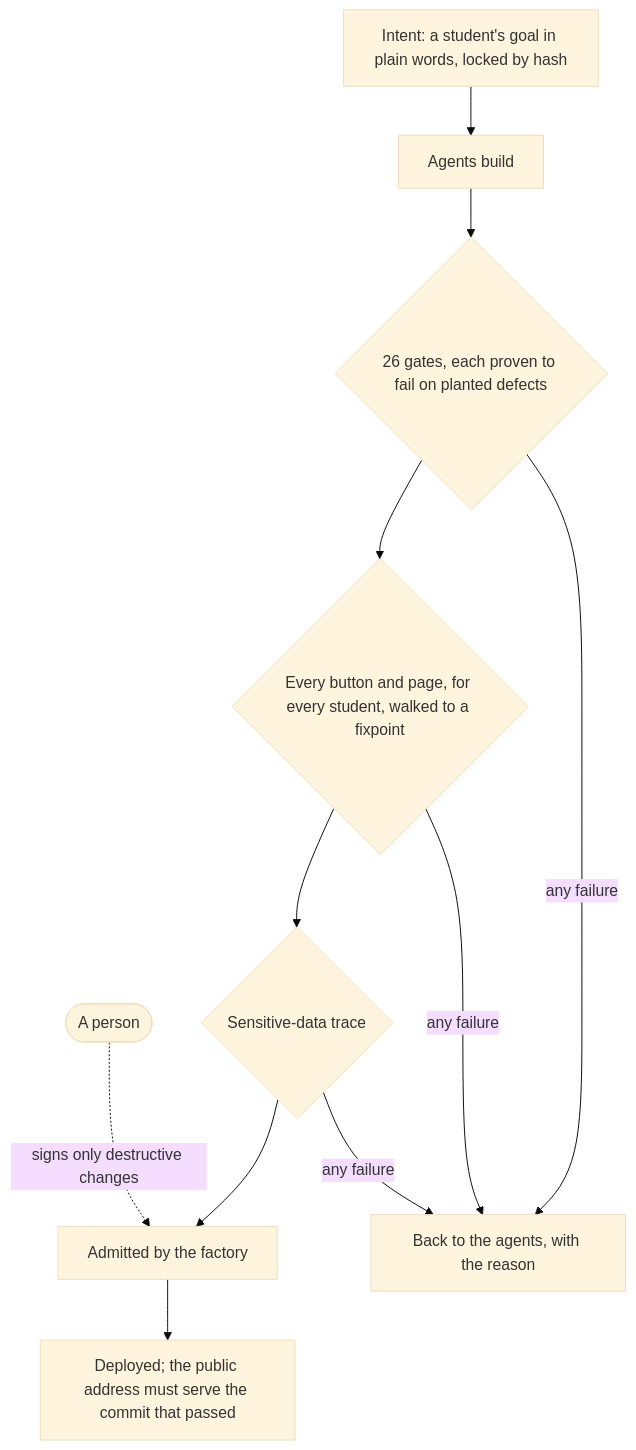
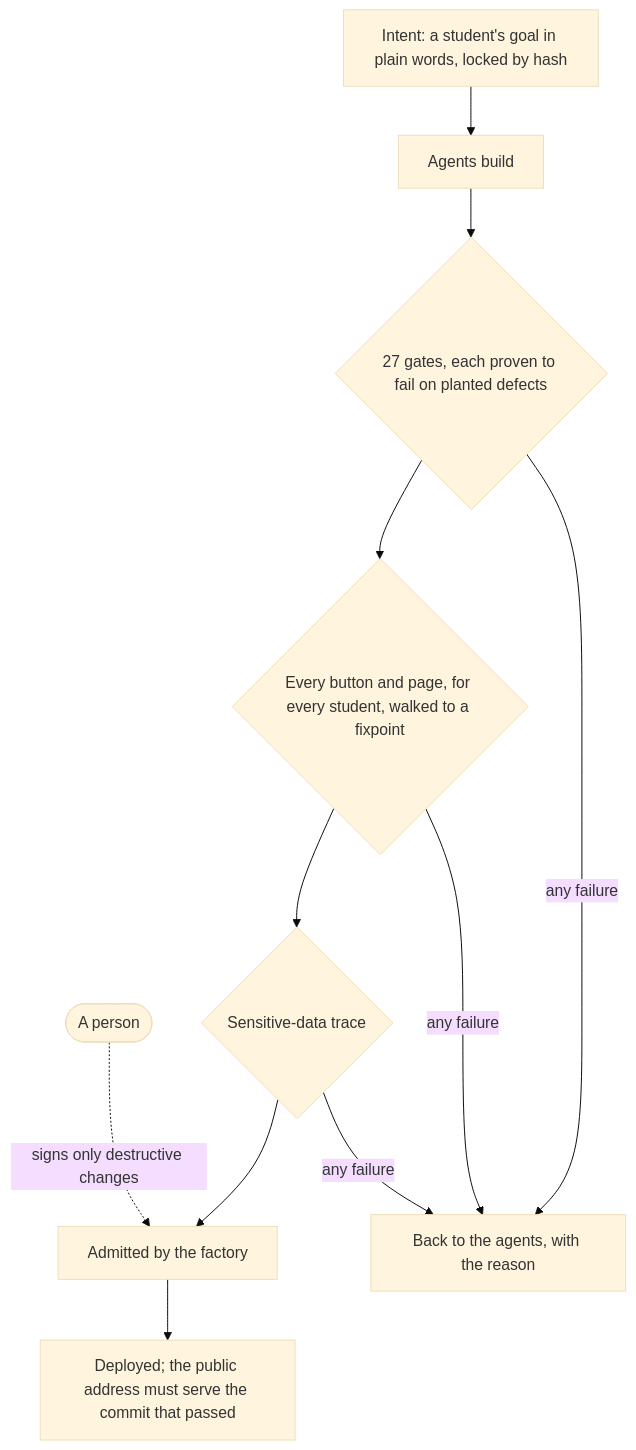
Before and after one commit to russlittle/ZTHR: the third of 4 diagrams in writeups/the-case.md, drawn with Mermaid (base theme). The commit also changed other lines of this file and 15 other files, not shown here.

````diff
--- a/writeups/the-case.md
+++ b/writeups/the-case.md
@@ -86,11 +86,11 @@
 ```mermaid
 flowchart TB
   intent[Intent: a student's goal in plain words, locked by hash] --> build[Agents build]
-  build --> gates{26 gates, each proven to fail on planted defects}
+  build --> gates{27 gates, each proven to fail on planted defects}
   gates --> walks{Every button and page, for every student, walked to a fixpoint}
   walks --> trace{Sensitive-data trace}
   trace --> admit[Admitted by the factory]
   admit --> serve[Deployed; the public address must serve the commit that passed]
   gates & walks & trace -- any failure --> back[Back to the agents, with the reason]
   person([A person]) -. signs only destructive changes .-> admit
 ```
````
